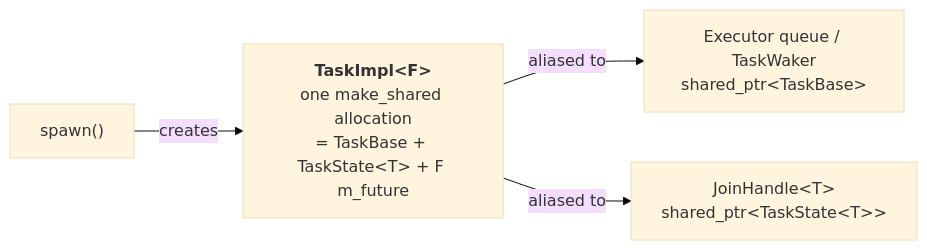
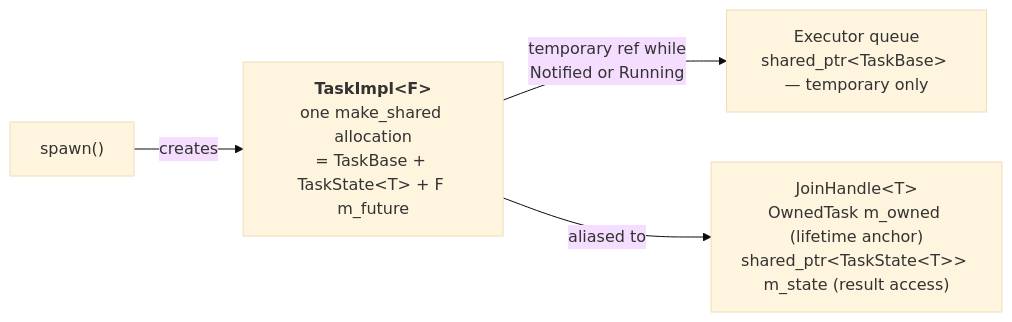
One commit to bts164/coro changed the first of 2 diagrams in doc/task_and_executor.md. Above: the diagram before and after it, drawn with Mermaid (base theme). The commit also changed other lines of this file and 42 other files, not shown here.

Commit message:
Eliminated the TaskWaker and made the task itself the waker. Also added OwnedTask and use weak_ptrs to break the circular task references.

````diff
--- a/doc/task_and_executor.md
+++ b/doc/task_and_executor.md
@@ -225,11 +225,11 @@
 ```mermaid
 flowchart LR
     S["spawn()"]
     I["<b>TaskImpl&lt;F&gt;</b><br/>one make_shared allocation<br/>= TaskBase + TaskState&lt;T&gt; + F m_future"]
-    E["Executor queue / TaskWaker<br/>shared_ptr&lt;TaskBase&gt;"]
-    J["JoinHandle&lt;T&gt;<br/>shared_ptr&lt;TaskState&lt;T&gt;&gt;"]
+    E["Executor queue<br/>shared_ptr&lt;TaskBase&gt; — temporary only"]
+    J["JoinHandle&lt;T&gt;<br/>OwnedTask m_owned (lifetime anchor)<br/>shared_ptr&lt;TaskState&lt;T&gt;&gt; m_state (result access)"]
 
     S -->|"creates"| I
-    I -->|"aliased to"| E
+    I -->|"temporary ref while\nNotified or Running"| E
     I -->|"aliased to"| J
 ```
````
